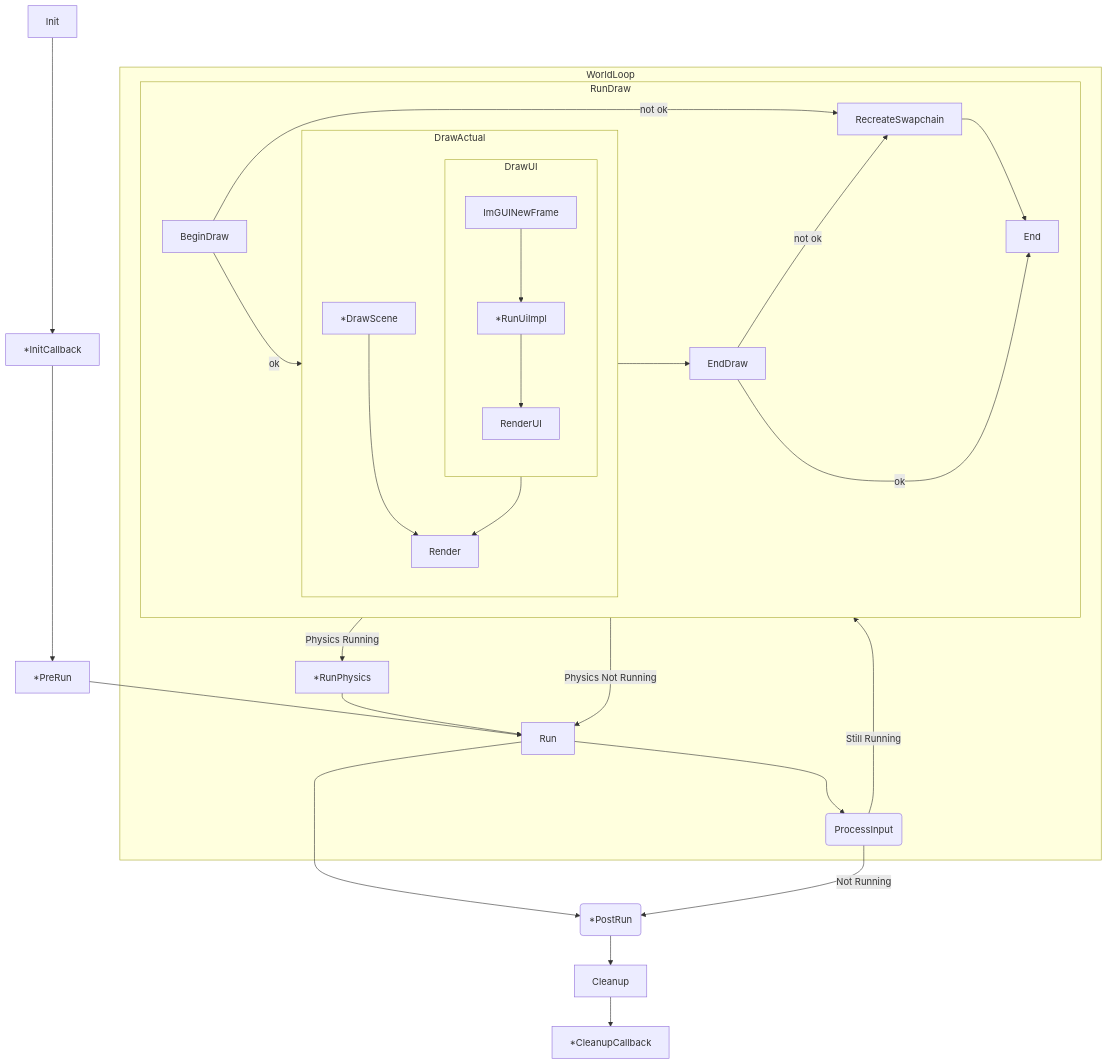
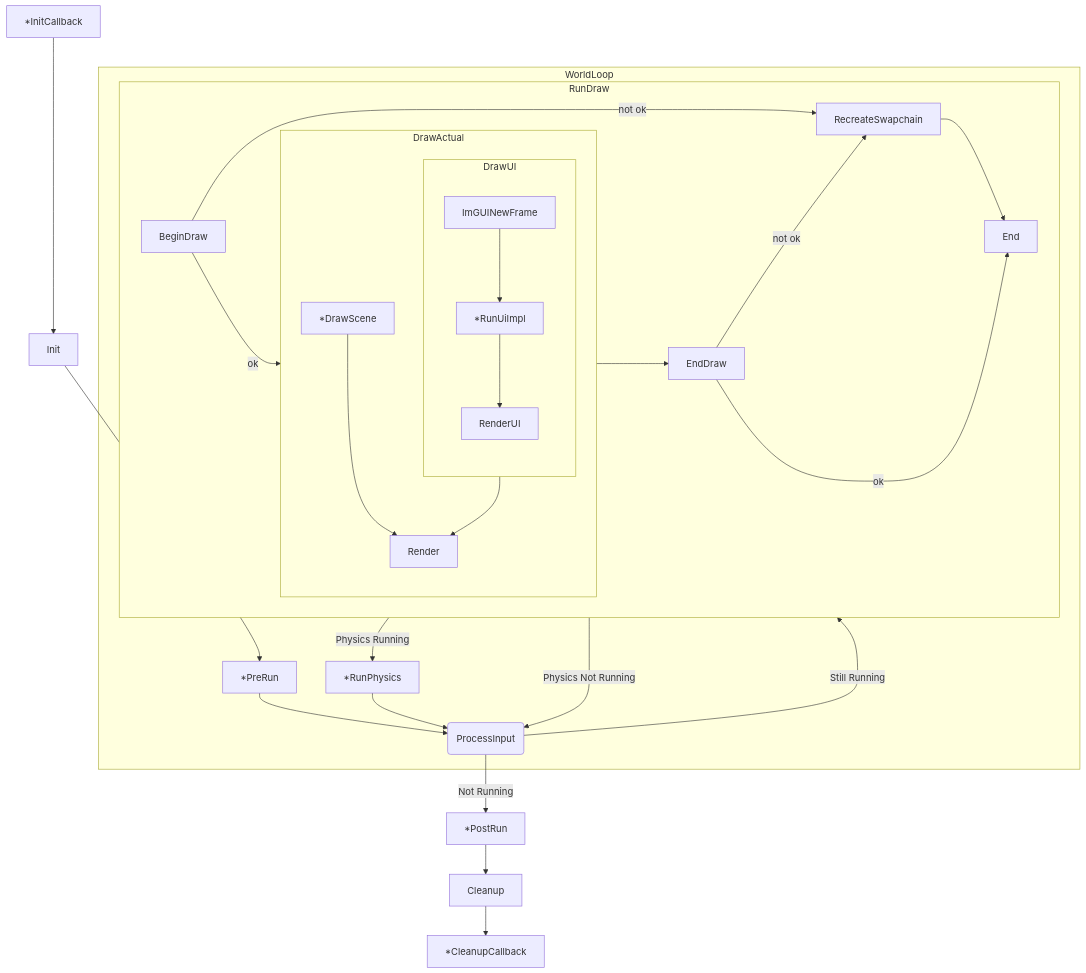
Before and after one commit to Adversarr/ACG: the diagram in vis/readme.md, drawn with Mermaid. The commit also changed other lines of this file and 8 other files, not shown here.

````diff
--- a/vis/readme.md
+++ b/vis/readme.md
@@ -5,25 +5,26 @@
 ```mermaid
 flowchart
-  Init-->*InitCallback-->*PreRun-->Run-->PostRun(*PostRun)-->Cleanup-->*CleanupCallback
-  ProcessIO-- Not Running --> PostRun
+  *InitCallback-->Init-->*PreRun
+  *PostRun-->Cleanup-->*CleanupCallback
+  ProcessIO-- Not Running --> *PostRun
   subgraph WorldLoop
-    Run--->ProcessIO(ProcessInput)
+    *PreRun-->ProcessIO(ProcessInput)
     ProcessIO -- Still Running --> RunDraw
-    RunDraw-- Physics Running --> *RunPhysics --> Run
-    RunDraw-- Physics Not Running --> Run
+    RunDraw-- Physics Running --> *RunPhysics --> ProcessIO
+    RunDraw-- Physics Not Running --> ProcessIO
     subgraph RunDraw
     	BeginDraw -- ok --> DrawActual
     	BeginDraw -- not ok --> RecreateSwapchain -->End
     	subgraph DrawActual
         subgraph DrawUI
           ImGUINewFrame-->*RunUiImpl-->RenderUI
         end
         *DrawScene --> Render
         DrawUI --> Render
     	end
     	DrawActual --> EndDraw
     	EndDraw -- ok --> End
     	EndDraw -- not ok --> RecreateSwapchain
     end
   end
 ```
````
